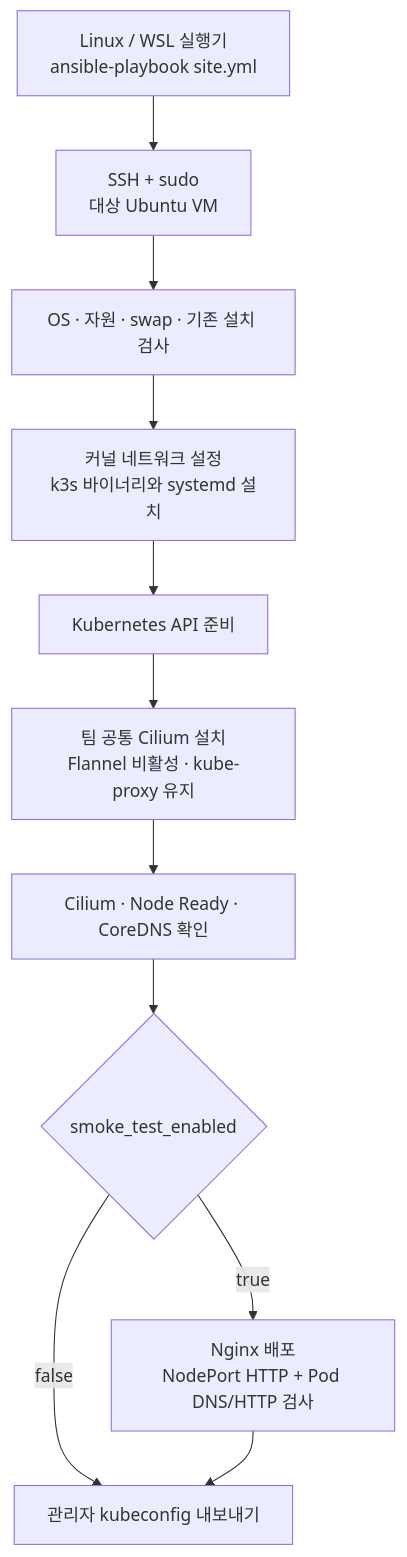
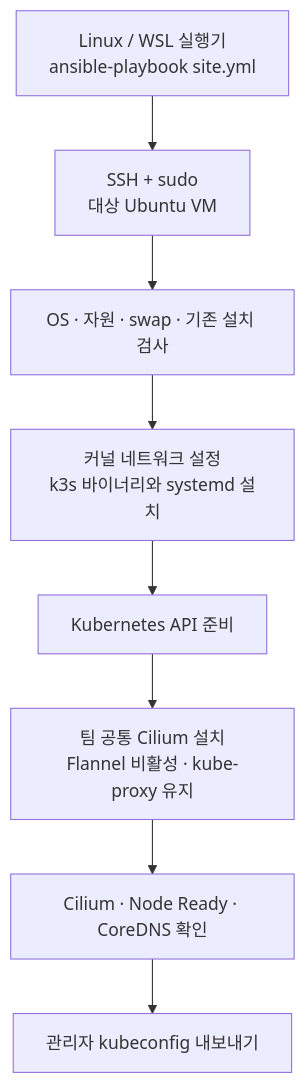
The diagram in infrastructure/ansible/README.md (Jasmin-Softbank/Railshot), drawn with Mermaid before and after one commit. The commit also changed other lines of this file and 14 other files, not shown here.

````diff
--- a/infrastructure/ansible/README.md
+++ b/infrastructure/ansible/README.md
@@ -27,13 +28,10 @@
 ```mermaid
 flowchart TD
     A["Linux / WSL 실행기<br/>ansible-playbook site.yml"] --> B["SSH + sudo<br/>대상 Ubuntu VM"]
     B --> C["OS · 자원 · swap · 기존 설치 검사"]
     C --> D["커널 네트워크 설정<br/>k3s 바이너리와 systemd 설치"]
     D --> E["Kubernetes API 준비"]
     E --> CNI["팀 공통 Cilium 설치<br/>Flannel 비활성 · kube-proxy 유지"]
     CNI --> F["Cilium · Node Ready · CoreDNS 확인"]
-    F --> G{"smoke_test_enabled"}
-    G -->|true| H["Nginx 배포<br/>NodePort HTTP + Pod DNS/HTTP 검사"]
-    G -->|false| I["관리자 kubeconfig 내보내기"]
-    H --> I
+    F --> G["관리자 kubeconfig 내보내기"]
 ```
````
